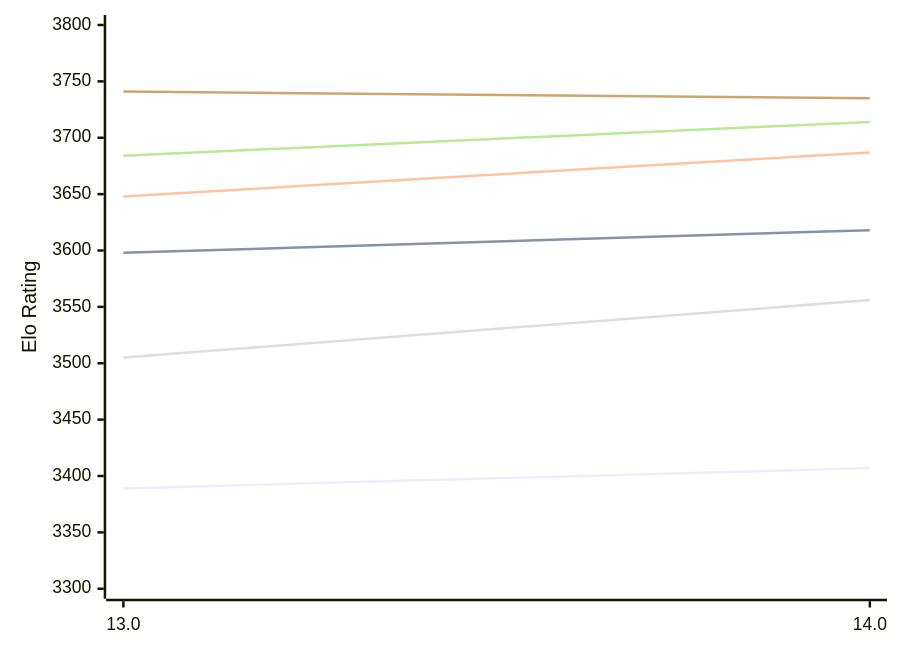
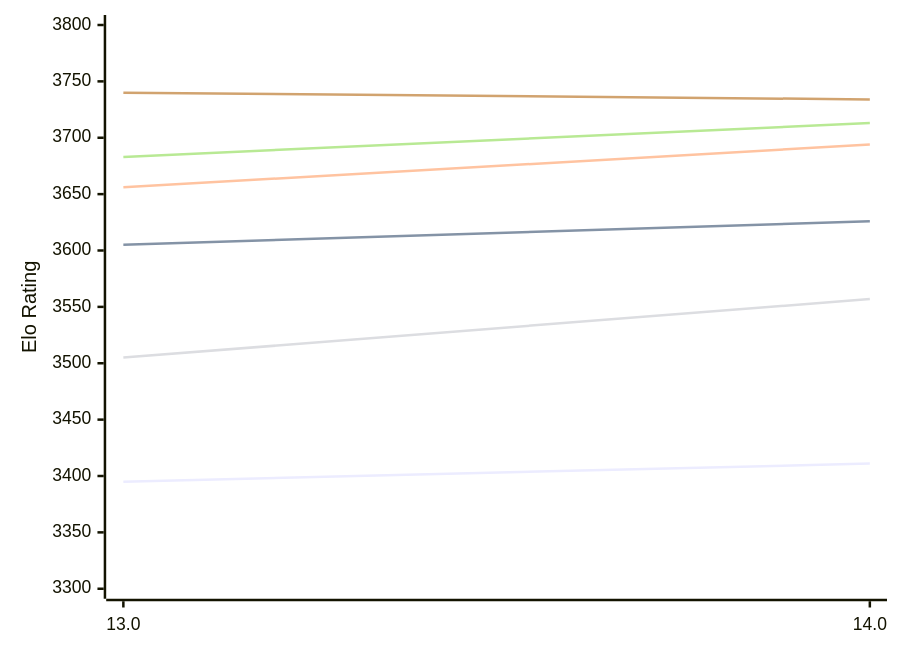
One commit to computer-chess-index/cci changed the first of 2 diagrams in engines/Tcheran.md. Above: the diagram before and after it, drawn with Mermaid. The commit also changed other lines of this file, not shown here.

Commit message:
Update CCI Ratings (ELO VLTC) - 2026-11-10

````diff
--- a/engines/Tcheran.md
+++ b/engines/Tcheran.md
@@ -55,12 +55,12 @@
 ```mermaid
 %%{init: {"theme":"base","themeVariables":{"seriesColors:['#a3a3a3','#222221','#faa371']}}}%%
 xychart-beta
   x-axis ["13.0", "14.0"]
   y-axis "Elo Rating" 3300 --> 3800
-  line "E1: STC (8.0+0.08s)" [3389, 3407]
-  line "E1: LTC (60.0+0.60s)" [3598, 3618]
-  line "E1: VLTC (2m24s+1.12s)" [3648, 3687]
-  line "P1: STC (8.0+0.08s)" [3505, 3556]
-  line "P1: LTC (60.0+0.60s)" [3684, 3714]
-  line "P1: VLTC (2m24s+1.12s)" [3741, 3735]
+  line "E1: STC (8.0+0.08s)" [3395, 3411]
+  line "E1: LTC (60.0+0.60s)" [3605, 3626]
+  line "E1: VLTC (2m24s+1.12s)" [3656, 3694]
+  line "P1: STC (8.0+0.08s)" [3505, 3557]
+  line "P1: LTC (60.0+0.60s)" [3683, 3713]
+  line "P1: VLTC (2m24s+1.12s)" [3740, 3734]
 ```
````
